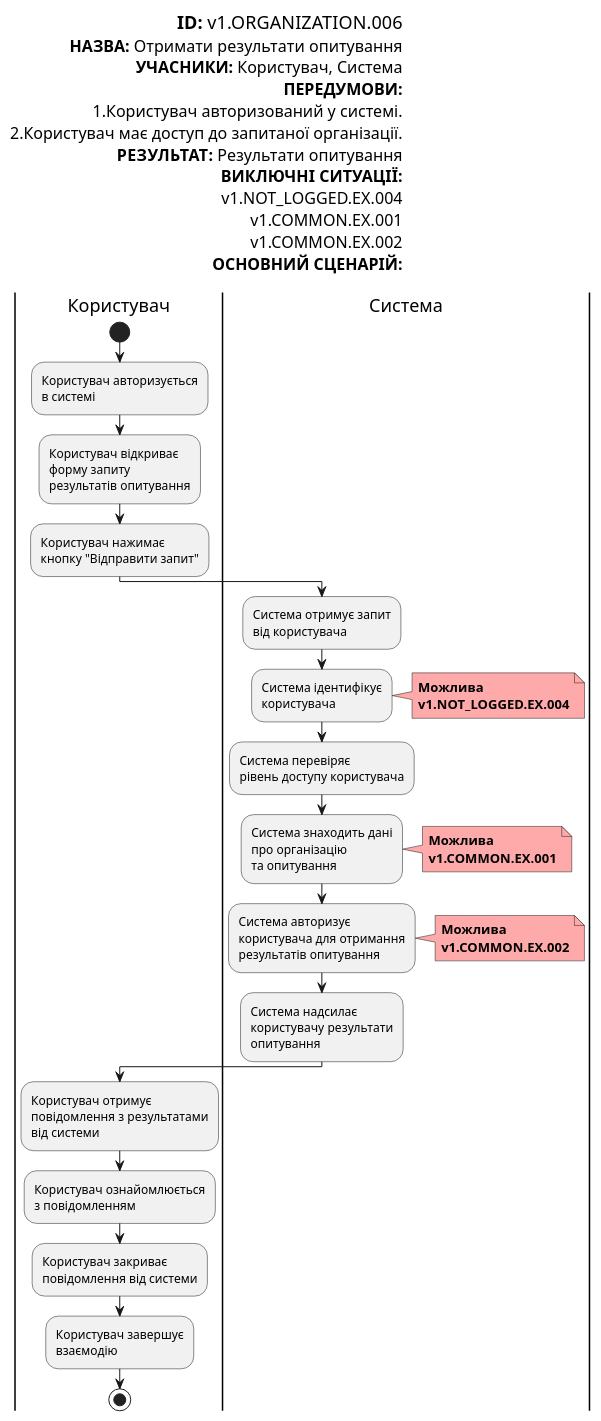
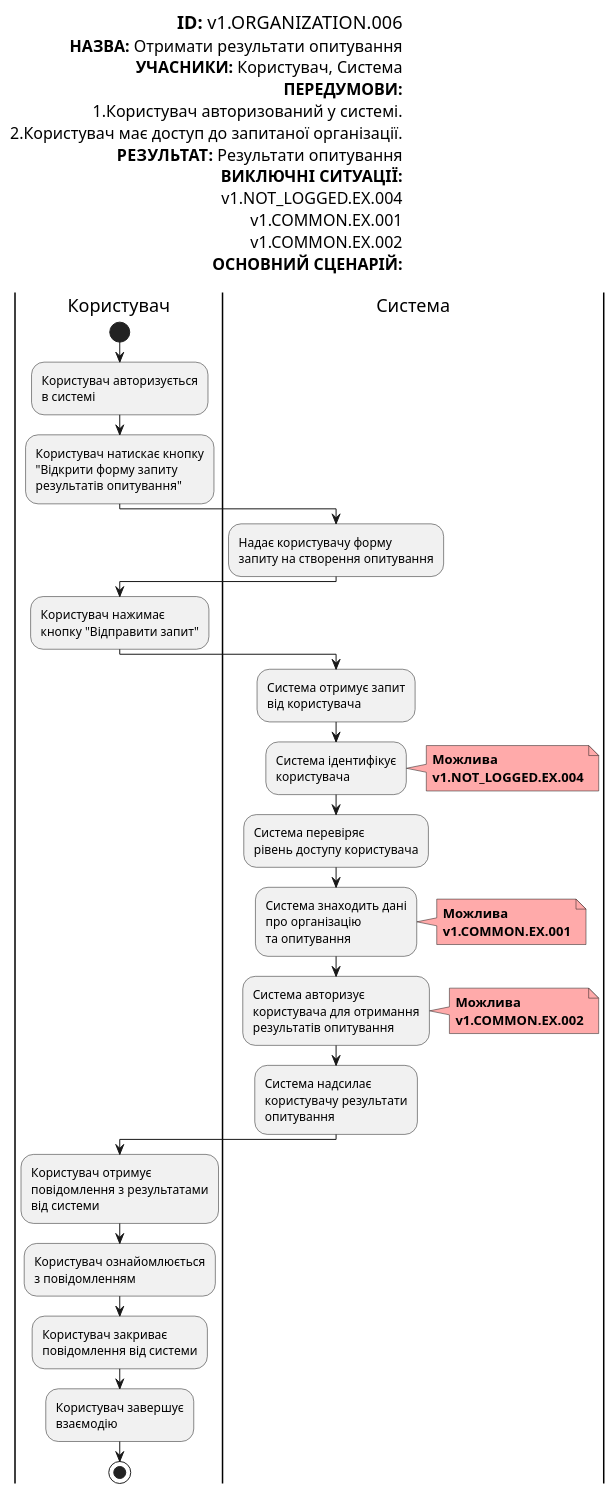
Before and after one commit to SergeyOcheretenko/survey-expert: diagram 11 of 18 in docs/use cases/README.md, drawn with PlantUML. The commit also changed other lines of this file, not shown here.

```diff
--- a/docs/use cases/README.md
+++ b/docs/use cases/README.md
@@ -702,10 +712,15 @@
           :Користувач авторизується
           в системі;
 
-          :Користувач відкриває
-          форму запиту
-          результатів опитування;
-
+          :Користувач натискає кнопку
+          "Відкрити форму запиту
+          результатів опитування";
+      
+      |Система|
+          :Надає користувачу форму
+          запиту на створення опитування;
+        
+      |Користувач|
           :Користувач нажимає
           кнопку "Відправити запит";
 
```
